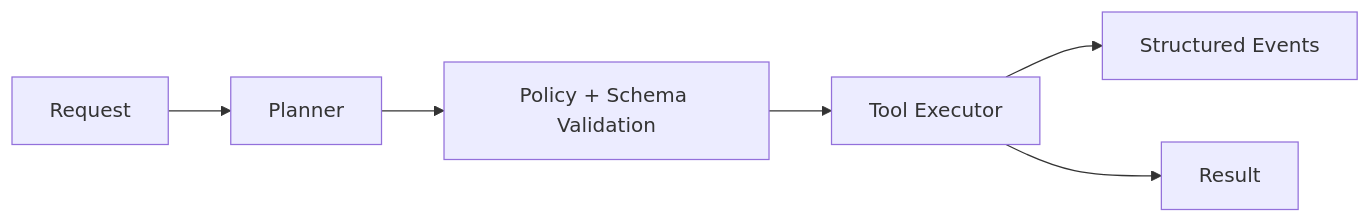
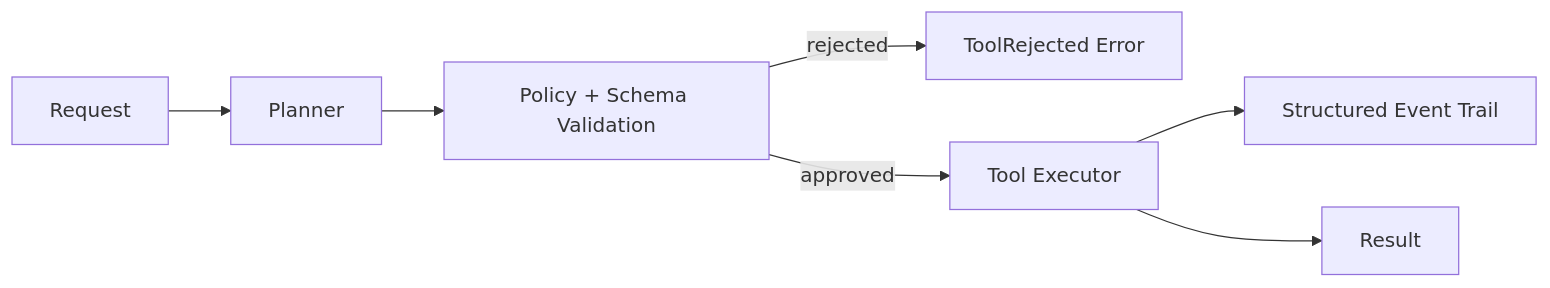
The diagram in README.md (Jawknee-builds/agent-foundry), drawn with Mermaid before and after one commit. The commit also changed other lines of this file and 2 other files, not shown here.

````diff
--- a/README.md
+++ b/README.md
@@ -9,8 +20,9 @@
 ```mermaid
 flowchart LR
     R[Request] --> P[Planner]
     P --> V[Policy + Schema Validation]
-    V --> X[Tool Executor]
-    X --> E[Structured Events]
+    V -->|rejected| ERR[ToolRejected Error]
+    V -->|approved| X[Tool Executor]
+    X --> E[Structured Event Trail]
     X --> O[Result]
 ```
````
